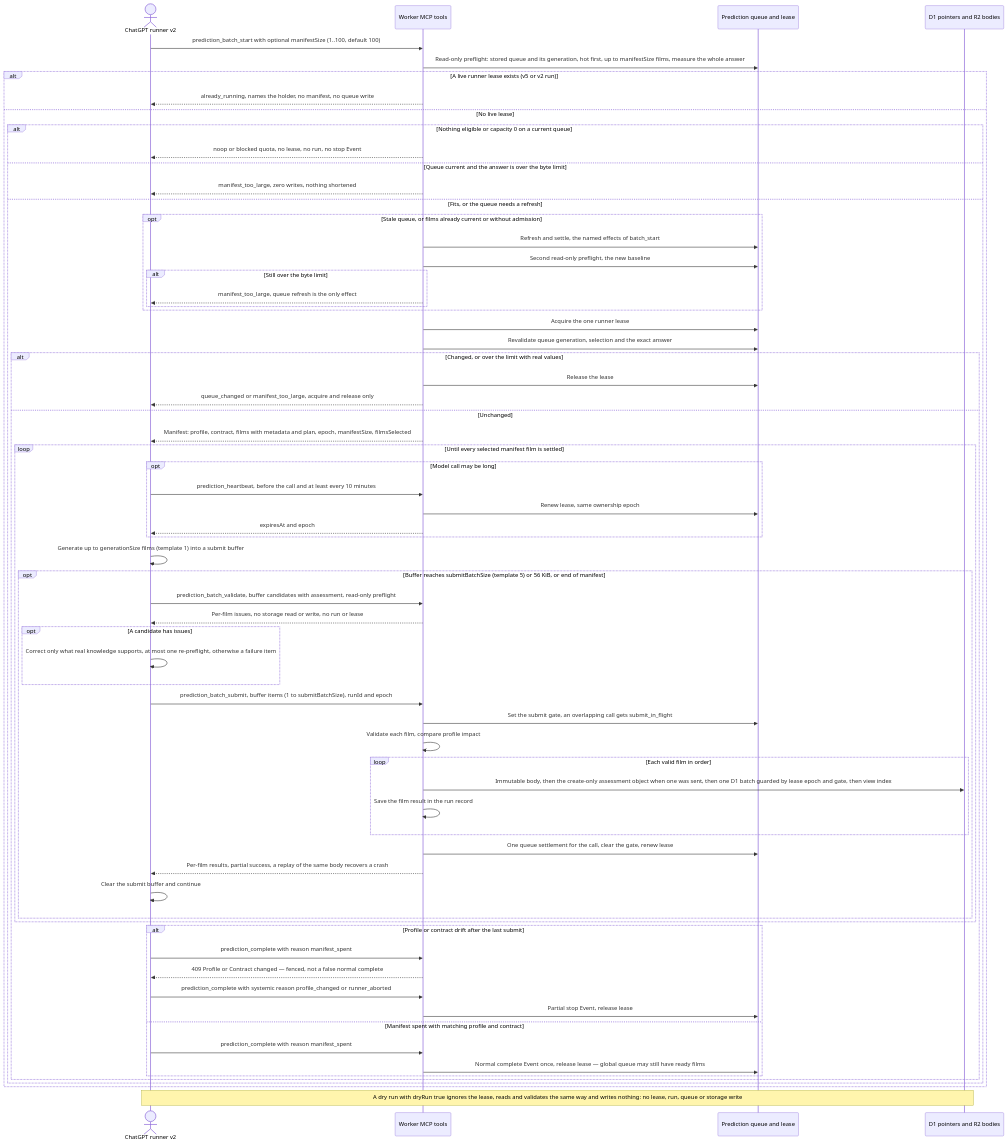
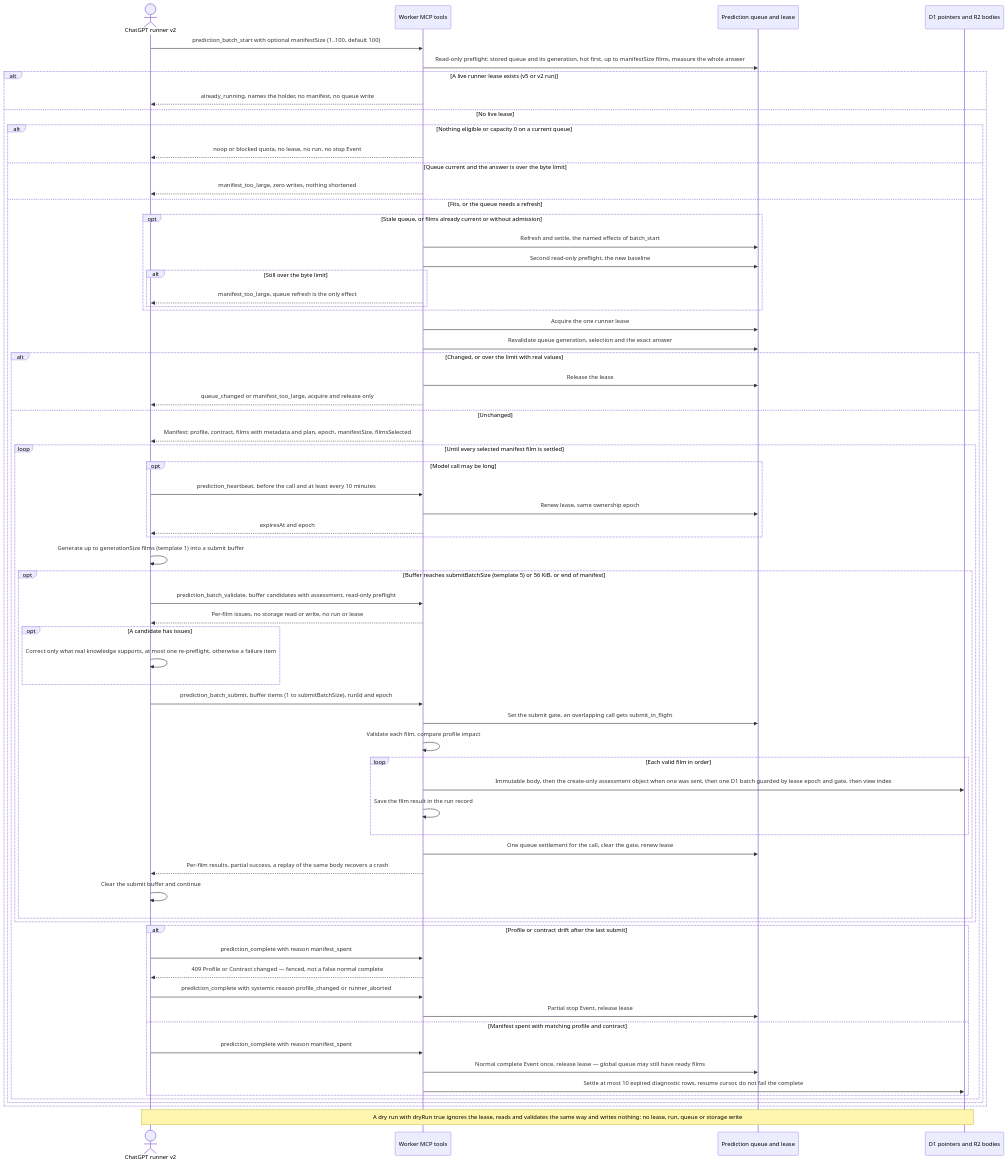
One commit to vladimino/iptv-watchlist changed the second of 3 diagrams in docs/architecture/prediction-pipeline.md. Above: the diagram before and after it, drawn with Mermaid. The commit also changed other lines of this file and 10 other files, not shown here.

````diff
--- a/docs/architecture/prediction-pipeline.md
+++ b/docs/architecture/prediction-pipeline.md
@@ -68,69 +68,70 @@
 ```mermaid
 sequenceDiagram
     actor Client as ChatGPT runner v2
     participant MCP as Worker MCP tools
     participant Queue as Prediction queue and lease
     participant Store as D1 pointers and R2 bodies
     Client->>MCP: prediction_batch_start with optional manifestSize (1..100, default 100)
     MCP->>Queue: Read-only preflight: stored queue and its generation, hot first, up to manifestSize films, measure the whole answer
     alt A live runner lease exists (v5 or v2 run)
         MCP-->>Client: already_running, names the holder, no manifest, no queue write
     else No live lease
         alt Nothing eligible or capacity 0 on a current queue
             MCP-->>Client: noop or blocked quota, no lease, no run, no stop Event
         else Queue current and the answer is over the byte limit
             MCP-->>Client: manifest_too_large, zero writes, nothing shortened
         else Fits, or the queue needs a refresh
             opt Stale queue, or films already current or without admission
                 MCP->>Queue: Refresh and settle, the named effects of batch_start
                 MCP->>Queue: Second read-only preflight, the new baseline
                 alt Still over the byte limit
                     MCP-->>Client: manifest_too_large, queue refresh is the only effect
                 end
             end
             MCP->>Queue: Acquire the one runner lease
             MCP->>Queue: Revalidate queue generation, selection and the exact answer
             alt Changed, or over the limit with real values
                 MCP->>Queue: Release the lease
                 MCP-->>Client: queue_changed or manifest_too_large, acquire and release only
             else Unchanged
                 MCP-->>Client: Manifest: profile, contract, films with metadata and plan, epoch, manifestSize, filmsSelected
                 loop Until every selected manifest film is settled
                     opt Model call may be long
                         Client->>MCP: prediction_heartbeat, before the call and at least every 10 minutes
                         MCP->>Queue: Renew lease, same ownership epoch
                         MCP-->>Client: expiresAt and epoch
                     end
                     Client->>Client: Generate up to generationSize films (template 1) into a submit buffer
                     opt Buffer reaches submitBatchSize (template 5) or 56 KiB, or end of manifest
                         Client->>MCP: prediction_batch_validate, buffer candidates with assessment, read-only preflight
                         MCP-->>Client: Per-film issues, no storage read or write, no run or lease
                         opt A candidate has issues
                             Client->>Client: Correct only what real knowledge supports, at most one re-preflight, otherwise a failure item
                         end
                         Client->>MCP: prediction_batch_submit, buffer items (1 to submitBatchSize), runId and epoch
                         MCP->>Queue: Set the submit gate, an overlapping call gets submit_in_flight
                         MCP->>MCP: Validate each film, compare profile impact
                         loop Each valid film in order
                             MCP->>Store: Immutable body, then the create-only assessment object when one was sent, then one D1 batch guarded by lease epoch and gate, then view index
                             MCP->>MCP: Save the film result in the run record
                         end
                         MCP->>Queue: One queue settlement for the call, clear the gate, renew lease
                         MCP-->>Client: Per-film results, partial success, a replay of the same body recovers a crash
                         Client->>Client: Clear the submit buffer and continue
                     end
                 end
                 alt Profile or contract drift after the last submit
                     Client->>MCP: prediction_complete with reason manifest_spent
                     MCP-->>Client: 409 Profile or Contract changed — fenced, not a false normal complete
                     Client->>MCP: prediction_complete with systemic reason profile_changed or runner_aborted
                     MCP->>Queue: Partial stop Event, release lease
                 else Manifest spent with matching profile and contract
                     Client->>MCP: prediction_complete with reason manifest_spent
                     MCP->>Queue: Normal complete Event once, release lease — global queue may still have ready films
+                    MCP->>Store: Settle at most 10 expired diagnostic rows, resume cursor, do not fail the complete
                 end
             end
         end
     end
     Note over Client,Store: A dry run with dryRun true ignores the lease, reads and validates the same way and writes nothing: no lease, run, queue or storage write
 ```
````
